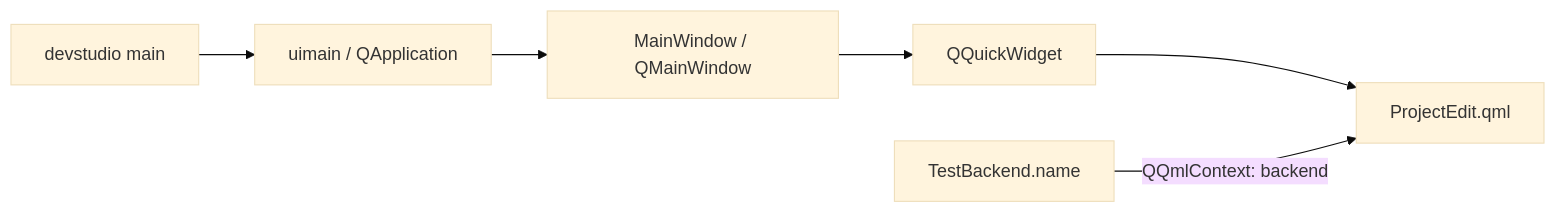
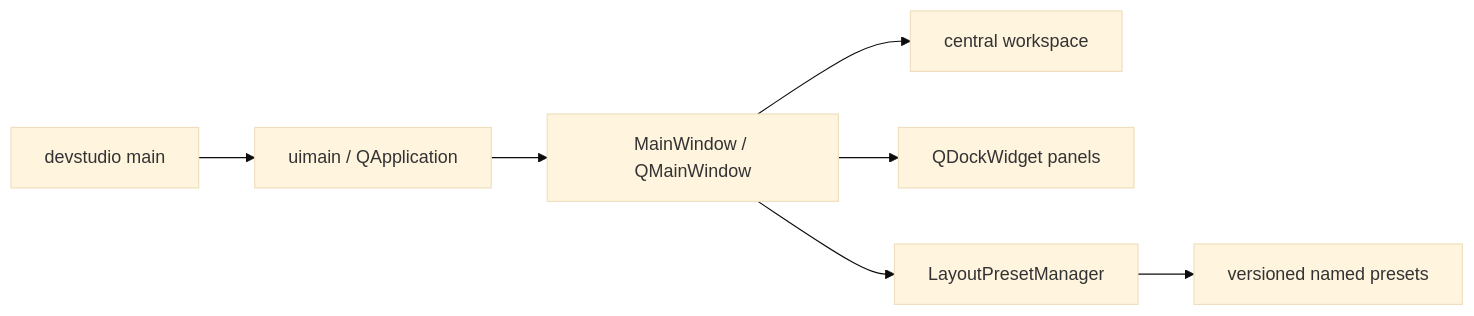
The diagram in docs/source-code-guide/07_tools_rpc_tests.md (pelican-games/peligraph), drawn with Mermaid (base theme) before and after one commit. The commit also changed other lines of this file and 24 other files, not shown here.

````diff
--- a/docs/source-code-guide/07_tools_rpc_tests.md
+++ b/docs/source-code-guide/07_tools_rpc_tests.md
@@ -176,8 +176,9 @@
 ```mermaid
 flowchart LR
     Main["devstudio main"] --> UI["uimain / QApplication"]
     UI --> Window["MainWindow / QMainWindow"]
-    Window --> Quick["QQuickWidget"]
-    Quick --> QML["ProjectEdit.qml"]
-    Backend["TestBackend.name"] -->|"QQmlContext: backend"| QML
+    Window --> Workspace["central workspace"]
+    Window --> Docks["QDockWidget panels"]
+    Window --> Layout["LayoutPresetManager"]
+    Layout --> Files["versioned named presets"]
 ```
````
